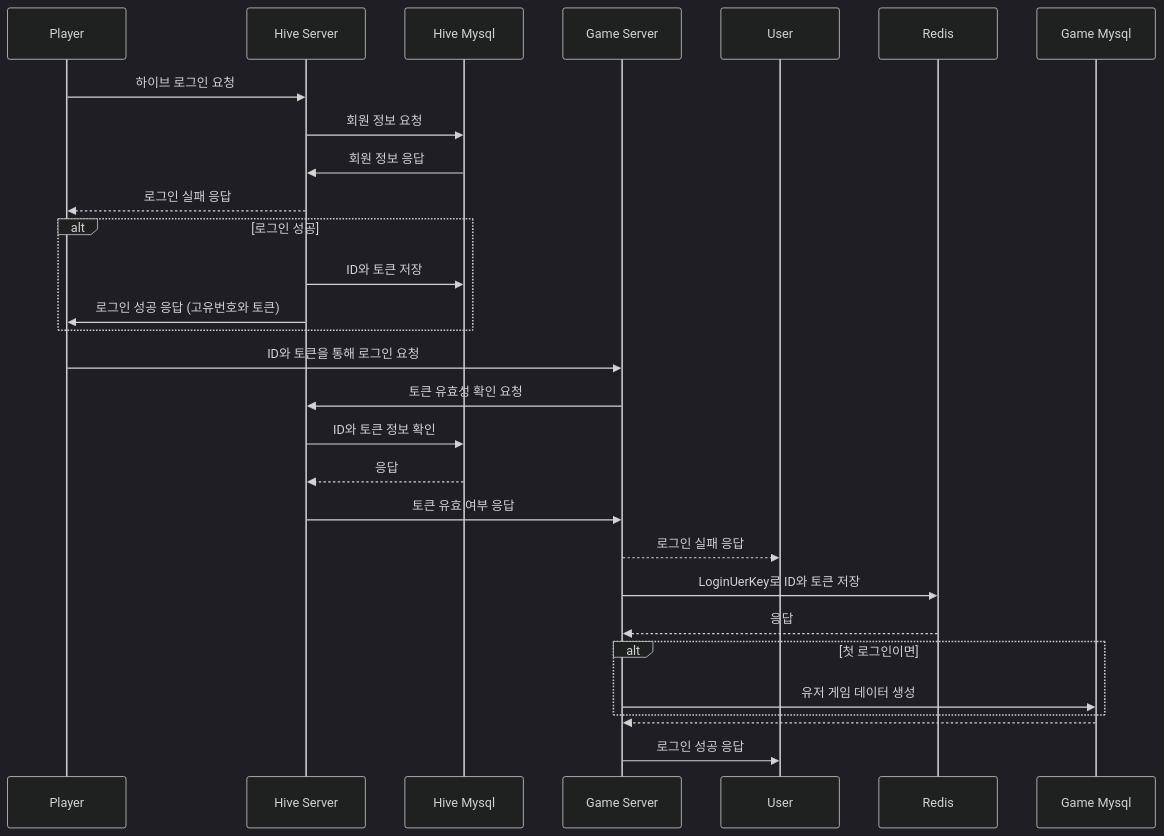
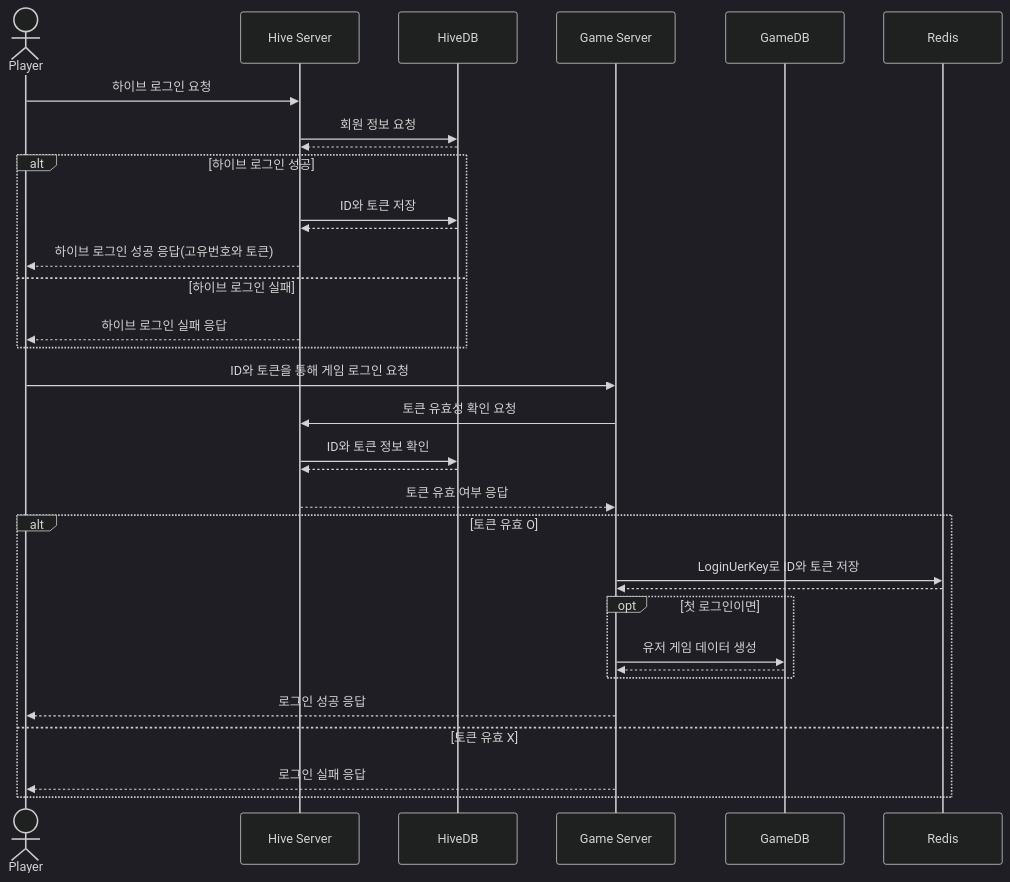
The second of 2 diagrams in SequenceDiagram/Register-Login.md (yujinS0/Omok-Game), drawn with Mermaid (dark theme) before and after one commit. The commit also changed other lines of this file, not shown here.

````diff
--- a/SequenceDiagram/Register-Login.md
+++ b/SequenceDiagram/Register-Login.md
@@ -19,40 +19,47 @@
 ```mermaid
 sequenceDiagram
+	actor P as Player
+	participant H as Hive Server
+	participant HD as HiveDB
+	participant G as Game Server
+	participant GD as GameDB
+	participant R as Redis
 	
-	
-	Player ->> Hive Server: 하이브 로그인 요청
-  Hive Server ->> Hive Mysql : 회원 정보 요청
-  Hive Mysql ->> Hive Server : 회원 정보 응답
-	Hive Server -->> Player : 로그인 실패 응답
+	P ->> H: 하이브 로그인 요청
+  	H ->> HD : 회원 정보 요청
+  	HD -->> H : 
 
-  alt 로그인 성공
-  Hive Server ->> Hive Mysql : ID와 토큰 저장
-  Hive Server ->> Player : 로그인 성공 응답 (고유번호와 토큰)
-  end
+	alt 하이브 로그인 성공
+		H ->> HD : ID와 토큰 저장
+		HD -->> H : 
+		H -->> P : 하이브 로그인 성공 응답(고유번호와 토큰) 
+	else 하이브 로그인 실패
+		H -->> P : 하이브 로그인 실패 응답
+	end
 
-	Player ->> Game Server : ID와 토큰을 통해 로그인 요청
-	Game Server ->> Hive Server : 토큰 유효성 확인 요청
-	Hive Server ->> Hive Mysql : ID와 토큰 정보 확인
-	Hive Mysql -->> Hive Server : 응답
-	Hive Server ->> Game Server : 토큰 유효 여부 응답
+	P ->> G : ID와 토큰을 통해 게임 로그인 요청
+	G ->> H : 토큰 유효성 확인 요청
+	H ->> HD : ID와 토큰 정보 확인
+	HD -->> H :  
+	H -->> G : 토큰 유효 여부 응답
 
-	Game Server -->> User : 로그인 실패 응답
-	
-	Game Server ->> Redis : LoginUerKey로 ID와 토큰 저장
-  Redis -->> Game Server : 응답
+	alt 토큰 유효 O
+		G ->> R : LoginUerKey로 ID와 토큰 저장
+	  	R -->> G :  
 
-	alt 첫 로그인이면
-	Game Server ->> Game Mysql : 유저 게임 데이터 생성
+		opt 첫 로그인이면
+			G ->> GD : 유저 게임 데이터 생성
+			GD -->> G :  
+		end
+		G -->> P : 로그인 성공 응답
+	else 토큰 유효 X
+		G -->> P : 로그인 실패 응답
 	end
-	Game Mysql -->> Game Server :  
-
-	Game Server ->> User : 로그인 성공 응답 
-	
 
 
 
 
 
 
 
 ```
````
